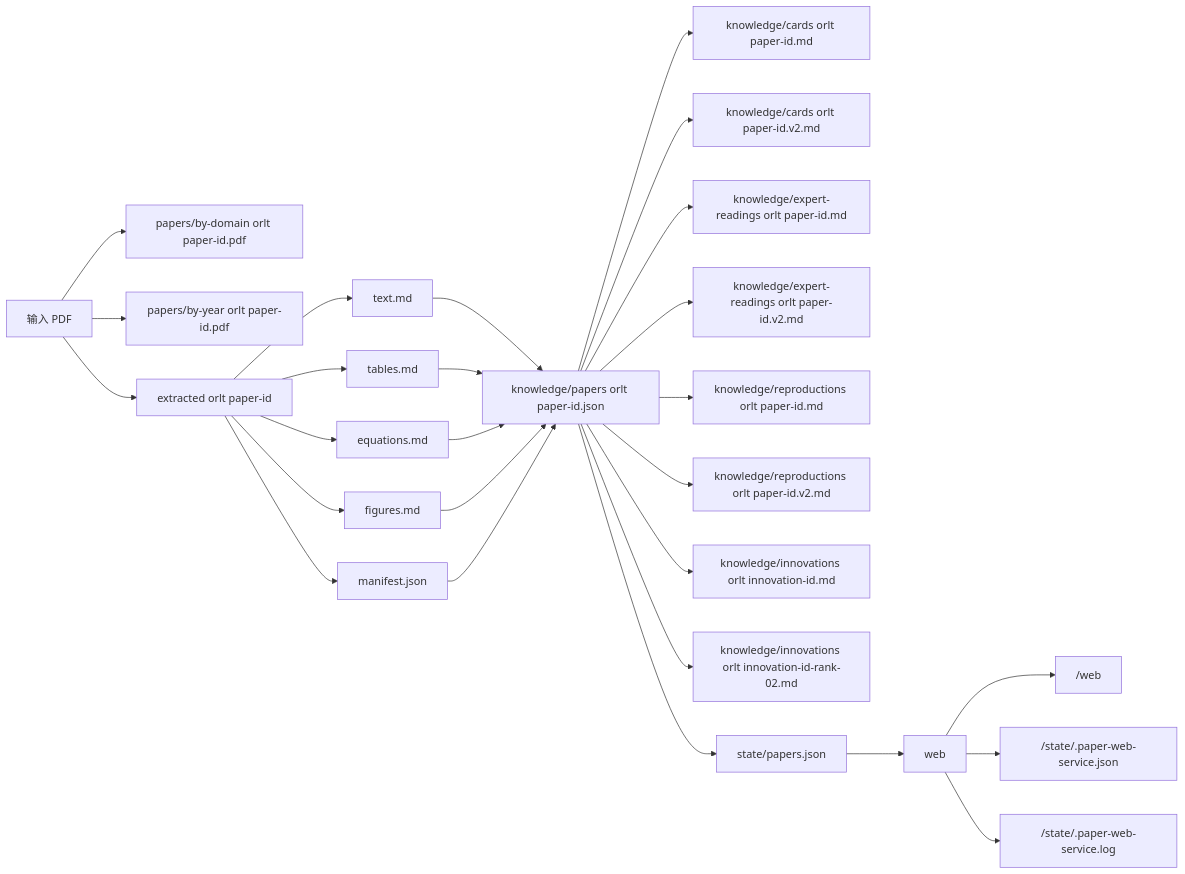
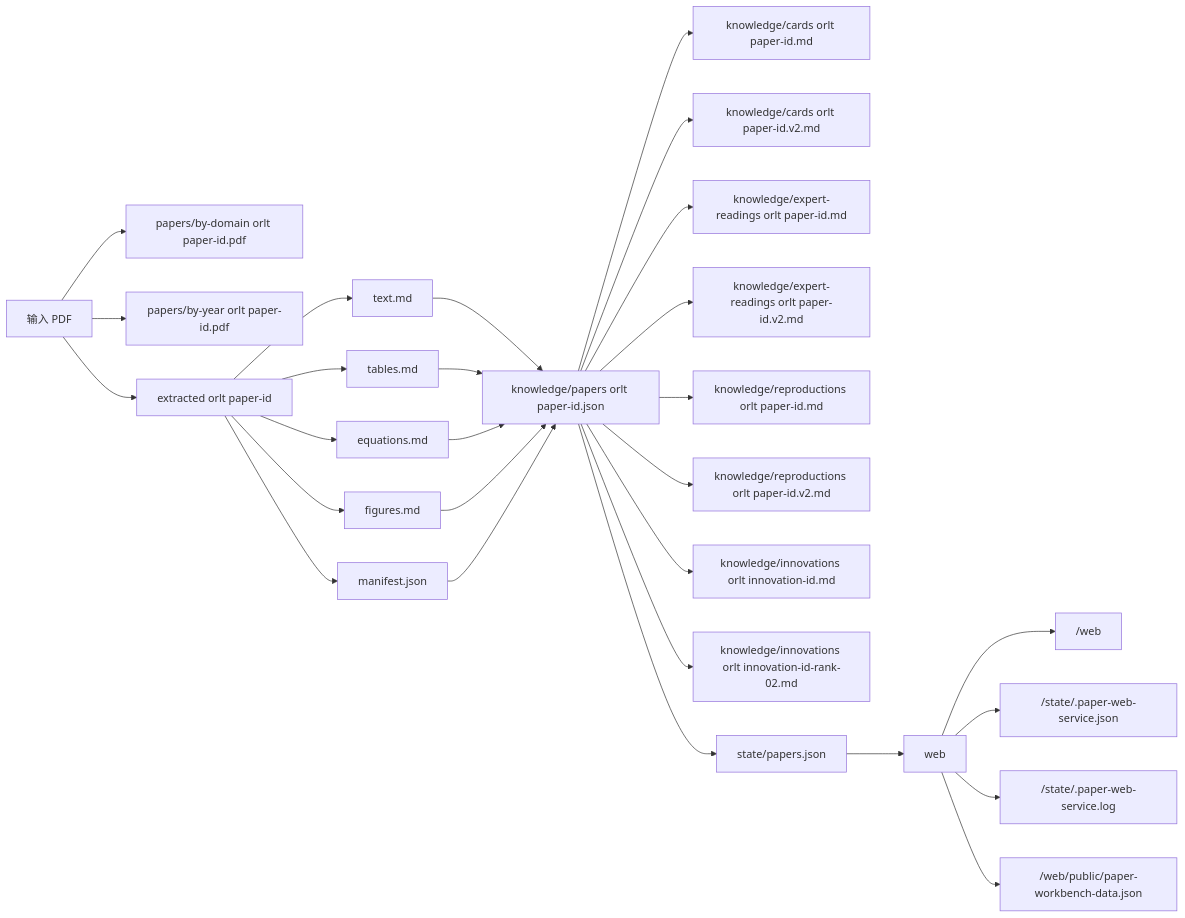
The fourth of 7 diagrams in docs/论文研究技能可视化工作流.md (swordfate3/papers_skills), drawn with Mermaid before and after one commit. The commit also changed other lines of this file and 13 other files, not shown here.

Commit message:
feat(web): hot read workspace workbench data

````diff
--- a/docs/论文研究技能可视化工作流.md
+++ b/docs/论文研究技能可视化工作流.md
@@ -149,33 +153,34 @@
 ```mermaid
 flowchart LR
     A[输入 PDF] --> B[papers/by-domain orlt paper-id.pdf]
     A --> C[papers/by-year orlt paper-id.pdf]
     A --> D[extracted orlt paper-id]
 
     D --> D1[text.md]
     D --> D2[tables.md]
     D --> D3[equations.md]
     D --> D4[figures.md]
     D --> D5[manifest.json]
 
     D1 --> E[knowledge/papers orlt paper-id.json]
     D2 --> E
     D3 --> E
     D4 --> E
     D5 --> E
 
     E --> F[knowledge/cards orlt paper-id.md]
     E --> F2[knowledge/cards orlt paper-id.v2.md]
     E --> G[knowledge/expert-readings orlt paper-id.md]
     E --> G2[knowledge/expert-readings orlt paper-id.v2.md]
     E --> H[knowledge/reproductions orlt paper-id.md]
     E --> H2[knowledge/reproductions orlt paper-id.v2.md]
     E --> I[knowledge/innovations orlt innovation-id.md]
     E --> I2[knowledge/innovations orlt innovation-id-rank-02.md]
     E --> J[state/papers.json]
 
     J --> K[web]
     K --> K1[<workspace>/web]
     K --> K2[<workspace>/state/.paper-web-service.json]
     K --> K3[<workspace>/state/.paper-web-service.log]
+    K --> K4[<workspace>/web/public/paper-workbench-data.json]
 ```
````
